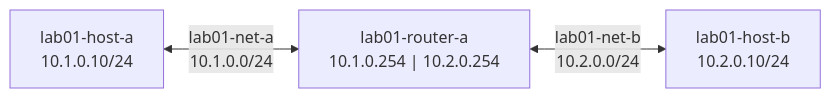
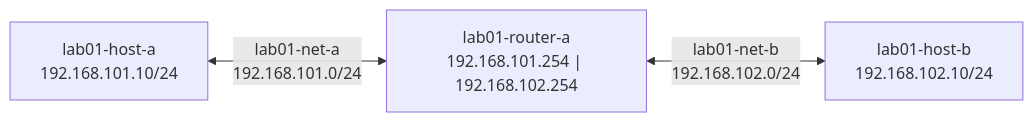
One commit to jkirklan/bgp-labs changed the diagram in lab01-unreachable-network/README.md. Above: the diagram before and after it, drawn with Mermaid. The commit also changed other lines of this file and 5 other files, not shown here.

````diff
--- a/lab01-unreachable-network/README.md
+++ b/lab01-unreachable-network/README.md
@@ -35,5 +35,5 @@
 ```mermaid
 graph LR
-    A["lab01-host-a<br>10.1.0.10/24"] <-->|"lab01-net-a<br>10.1.0.0/24"| R["lab01-router-a<br>10.1.0.254 | 10.2.0.254"]
-    R <-->|"lab01-net-b<br>10.2.0.0/24"| B["lab01-host-b<br>10.2.0.10/24"]
+    A["lab01-host-a<br>192.168.101.10/24"] <-->|"lab01-net-a<br>192.168.101.0/24"| R["lab01-router-a<br>192.168.101.254 | 192.168.102.254"]
+    R <-->|"lab01-net-b<br>192.168.102.0/24"| B["lab01-host-b<br>192.168.102.10/24"]
 ```
````
